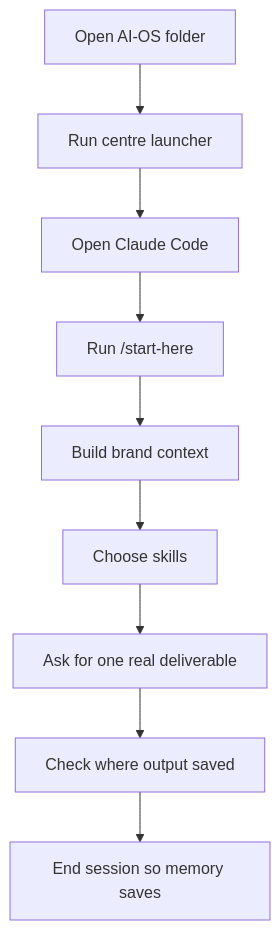
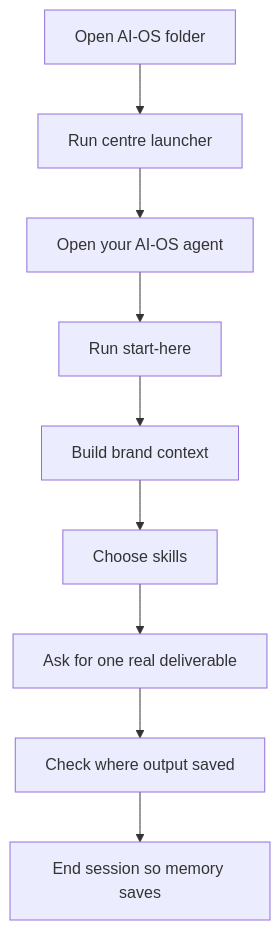
Before and after one commit to camrontaylor/AI-OS-Template: the diagram in docs/getting-started.md, drawn with Mermaid. The commit also changed other lines of this file and 16 other files, not shown here.

Commit message:
Make start-here onboarding a core skill

````diff
--- a/docs/getting-started.md
+++ b/docs/getting-started.md
@@ -11,11 +11,11 @@
 ```mermaid
 flowchart TD
   A["Open AI-OS folder"] --> B["Run centre launcher"]
-  B --> C["Open Claude Code"]
-  C --> D["Run /start-here"]
+  B --> C["Open your AI-OS agent"]
+  C --> D["Run start-here"]
   D --> E["Build brand context"]
   E --> F["Choose skills"]
   F --> G["Ask for one real deliverable"]
   G --> H["Check where output saved"]
   H --> I["End session so memory saves"]
 ```
````
